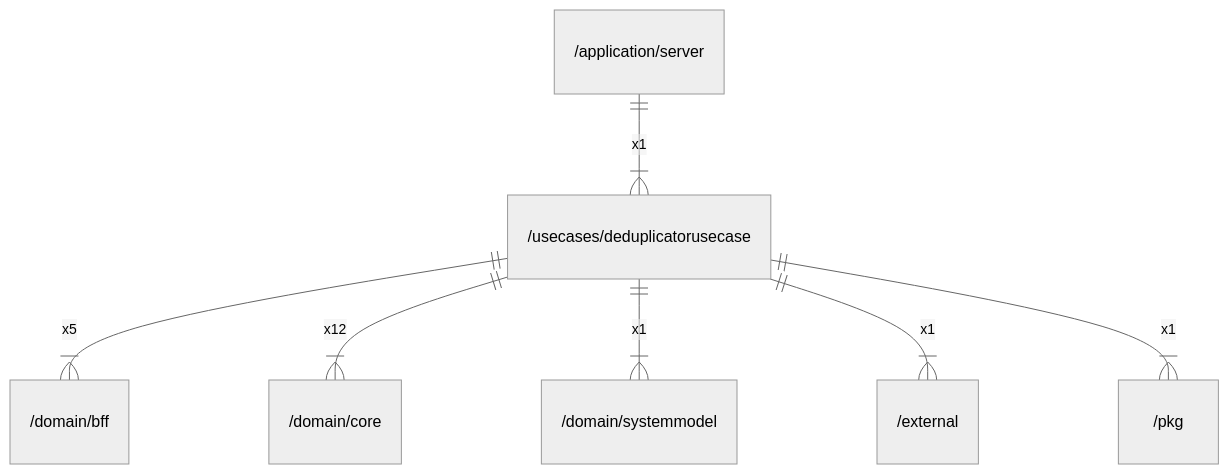
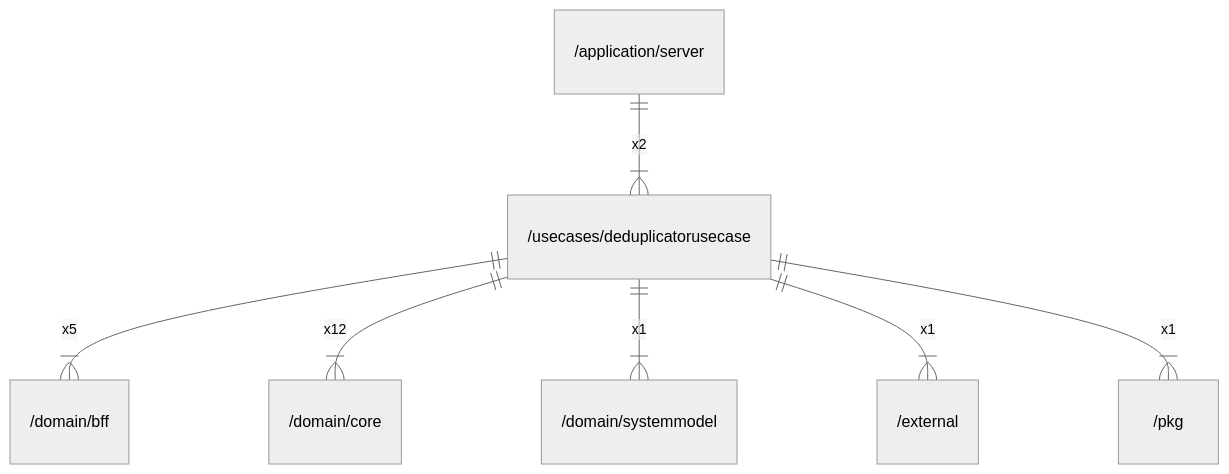
The diagram in docs/arch/usecases/deduplicatorusecase.md (gbh007/hgraber-next), drawn with Mermaid (neutral theme) before and after one commit. The commit also changed 52 other files, not shown here.

````diff
--- a/docs/arch/usecases/deduplicatorusecase.md
+++ b/docs/arch/usecases/deduplicatorusecase.md
@@ -33,9 +33,9 @@
 ```mermaid
 erDiagram
-    "/application/server" ||--|{ "/usecases/deduplicatorusecase" : x1
+    "/application/server" ||--|{ "/usecases/deduplicatorusecase" : x2
     "/usecases/deduplicatorusecase" ||--|{ "/domain/bff" : x5
     "/usecases/deduplicatorusecase" ||--|{ "/domain/core" : x12
     "/usecases/deduplicatorusecase" ||--|{ "/domain/systemmodel" : x1
     "/usecases/deduplicatorusecase" ||--|{ "/external" : x1
     "/usecases/deduplicatorusecase" ||--|{ "/pkg" : x1
 ```
````
